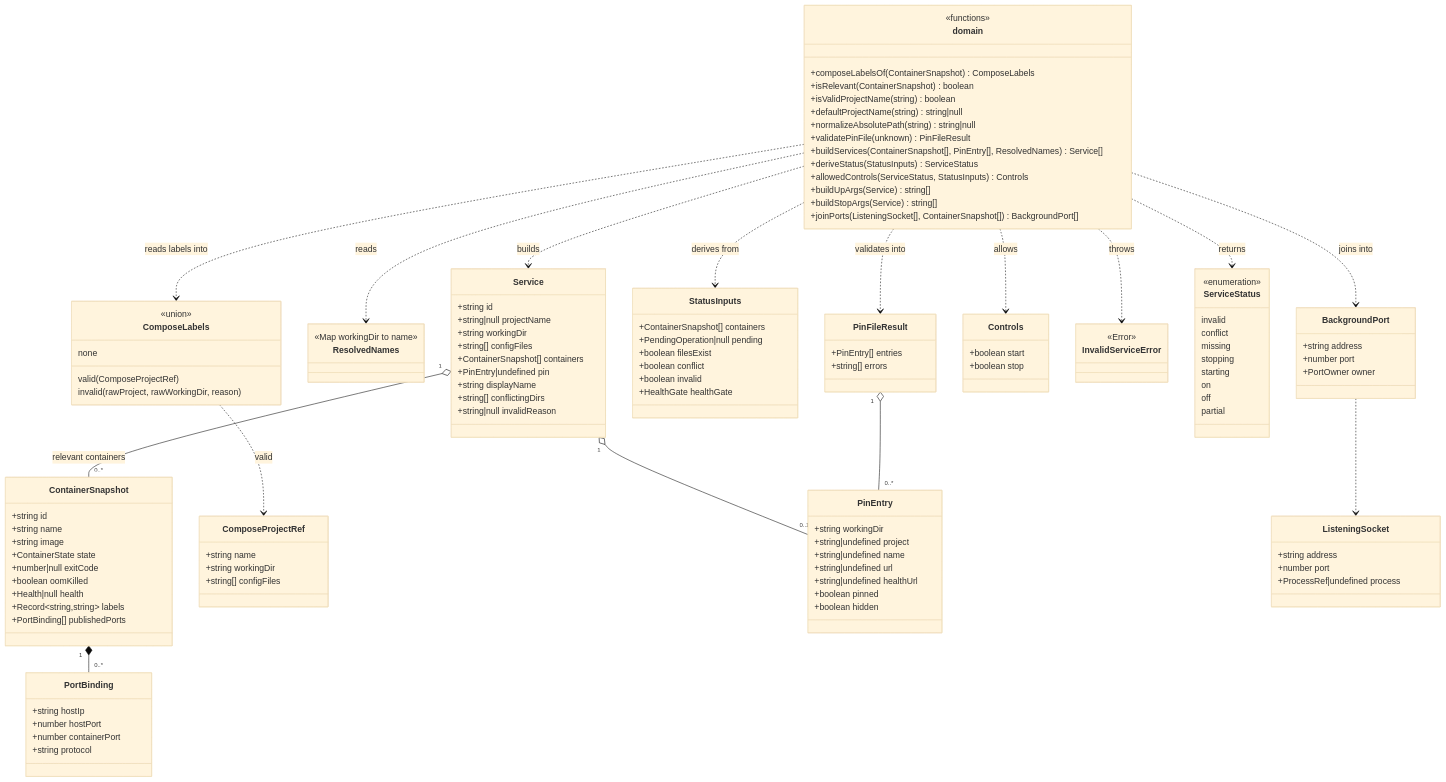
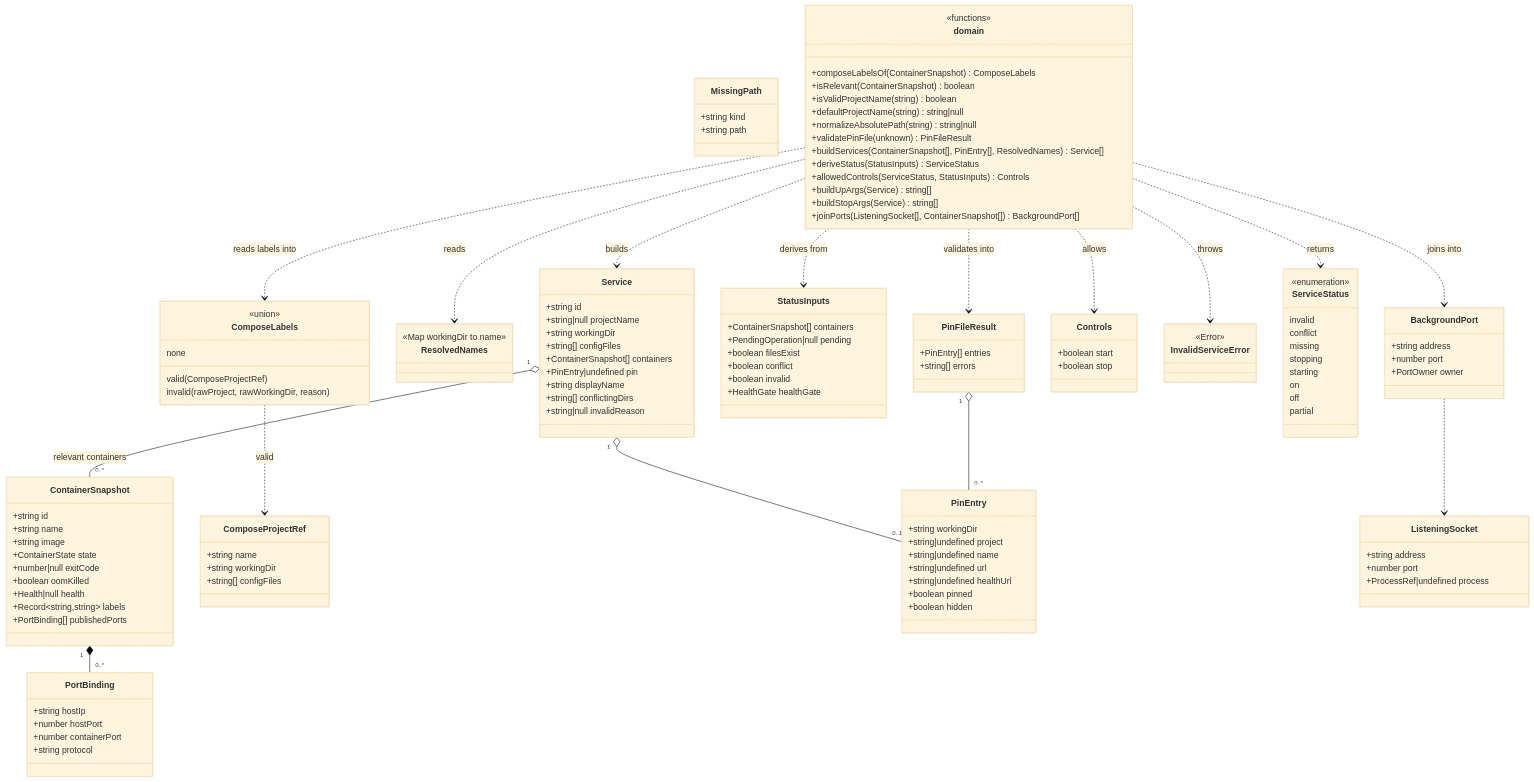
The diagram in docs/architecture/diagrams/launcher/05-class-domain.md (benoit-bremaud/dock-n-roll), drawn with Mermaid (base theme) before and after one commit. The commit also changed 5 other files, not shown here.

```diff
--- a/docs/architecture/diagrams/launcher/05-class-domain.md
+++ b/docs/architecture/diagrams/launcher/05-class-domain.md
@@ -95,6 +95,10 @@
     off
     partial
   }
+  class MissingPath {
+    +string kind
+    +string path
+  }
   class ListeningSocket {
     +string address
     +number port
```
